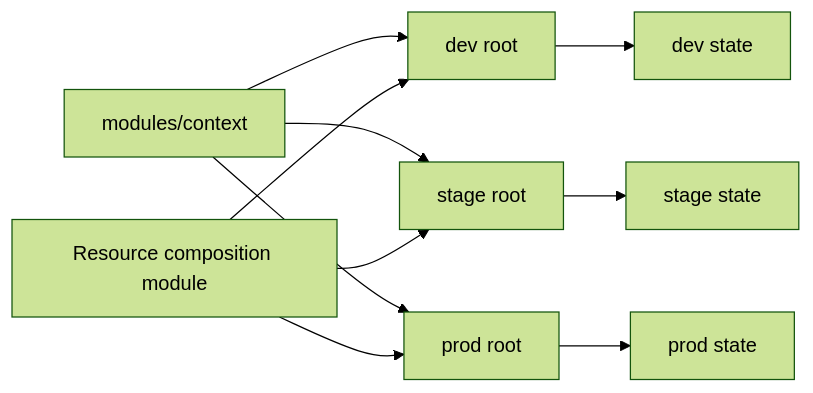
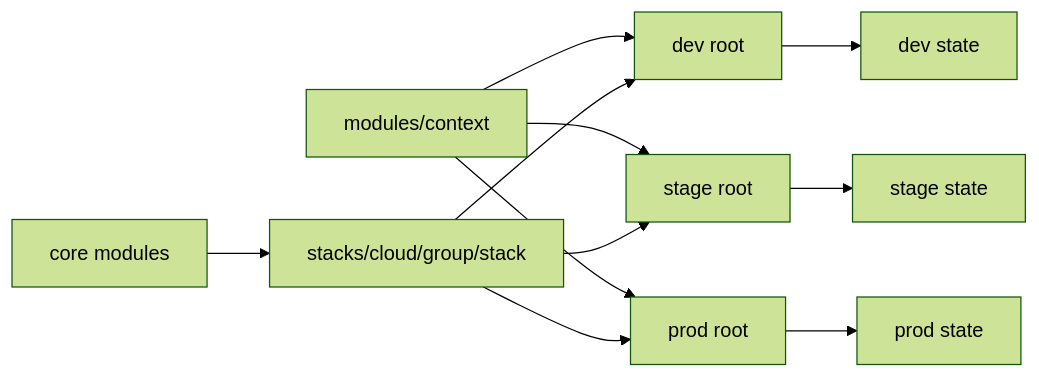
The diagram in docs/architecture.md (ziwon/opentofu-foundation-tempalte), drawn with Mermaid (forest theme) before and after one commit. The commit also changed other lines of this file and 26 other files, not shown here.

First line of the commit message:
docs: describe live roots, stacks, and core modules as three layers

````diff
--- a/docs/architecture.md
+++ b/docs/architecture.md
@@ -10,12 +10,13 @@
 ```mermaid
 flowchart LR
     C[modules/context] --> D[dev root]
     C --> S[stage root]
     C --> P[prod root]
-    M[Resource composition module] --> D
-    M --> S
-    M --> P
+    K[stacks/cloud/group/stack] --> D
+    K --> S
+    K --> P
+    M[core modules] --> K
     D --> DS[dev state]
     S --> SS[stage state]
     P --> PS[prod state]
 ```
````
